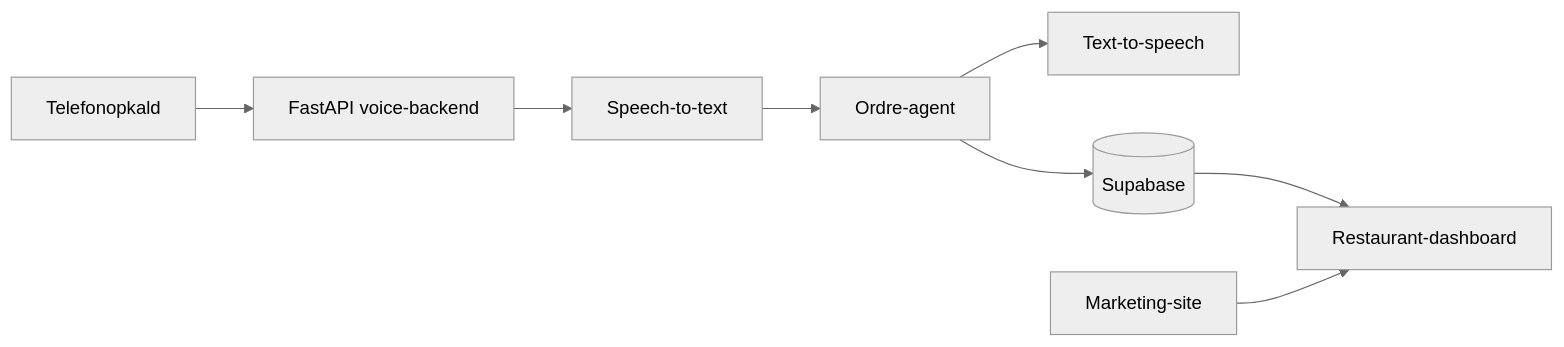
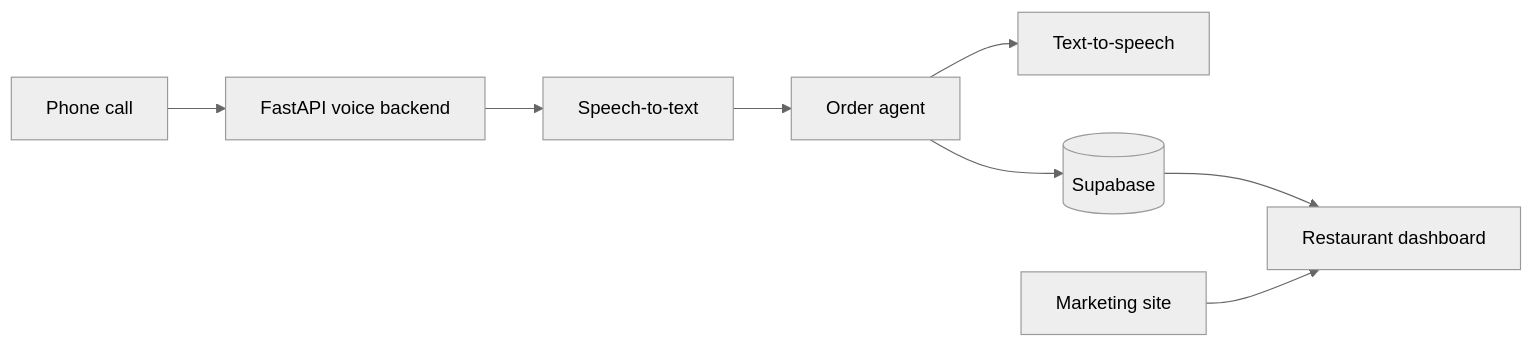
Before and after one commit to EnesCkmk1/respona-pov: the diagram in README.md, drawn with Mermaid (neutral theme). The commit also changed other lines of this file, not shown here.

````diff
--- a/README.md
+++ b/README.md
@@ -29,10 +24,10 @@
 ```mermaid
 flowchart LR
-  Call[Telefonopkald] --> Voice[FastAPI voice-backend]
-  Voice --> STT[Speech-to-text]
-  STT --> Agent[Ordre-agent]
-  Agent --> TTS[Text-to-speech]
-  Agent --> DB[(Supabase)]
-  DB --> Dash[Restaurant-dashboard]
-  Web[Marketing-site] --> Dash
+    Call[Phone call] --> Voice[FastAPI voice backend]
+    Voice --> STT[Speech-to-text]
+    STT --> Agent[Order agent]
+    Agent --> TTS[Text-to-speech]
+    Agent --> DB[(Supabase)]
+    DB --> Dashboard[Restaurant dashboard]
+    Web[Marketing site] --> Dashboard
 ```
````
